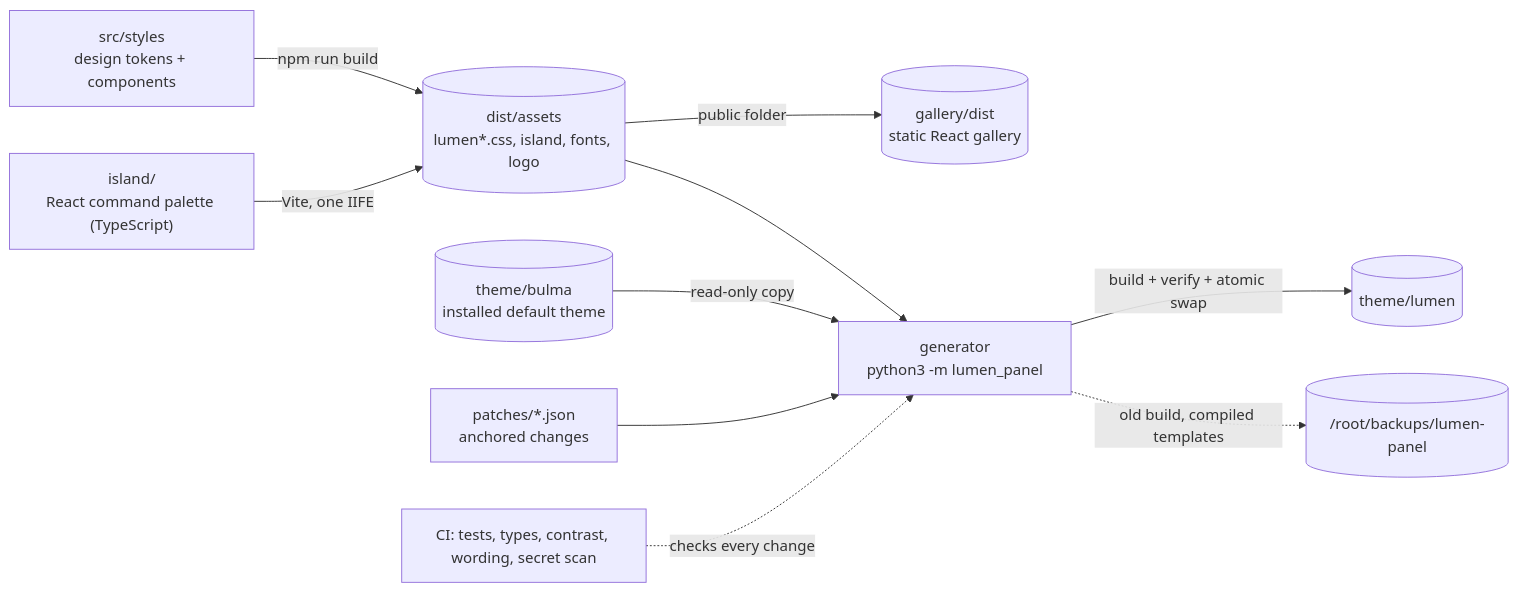
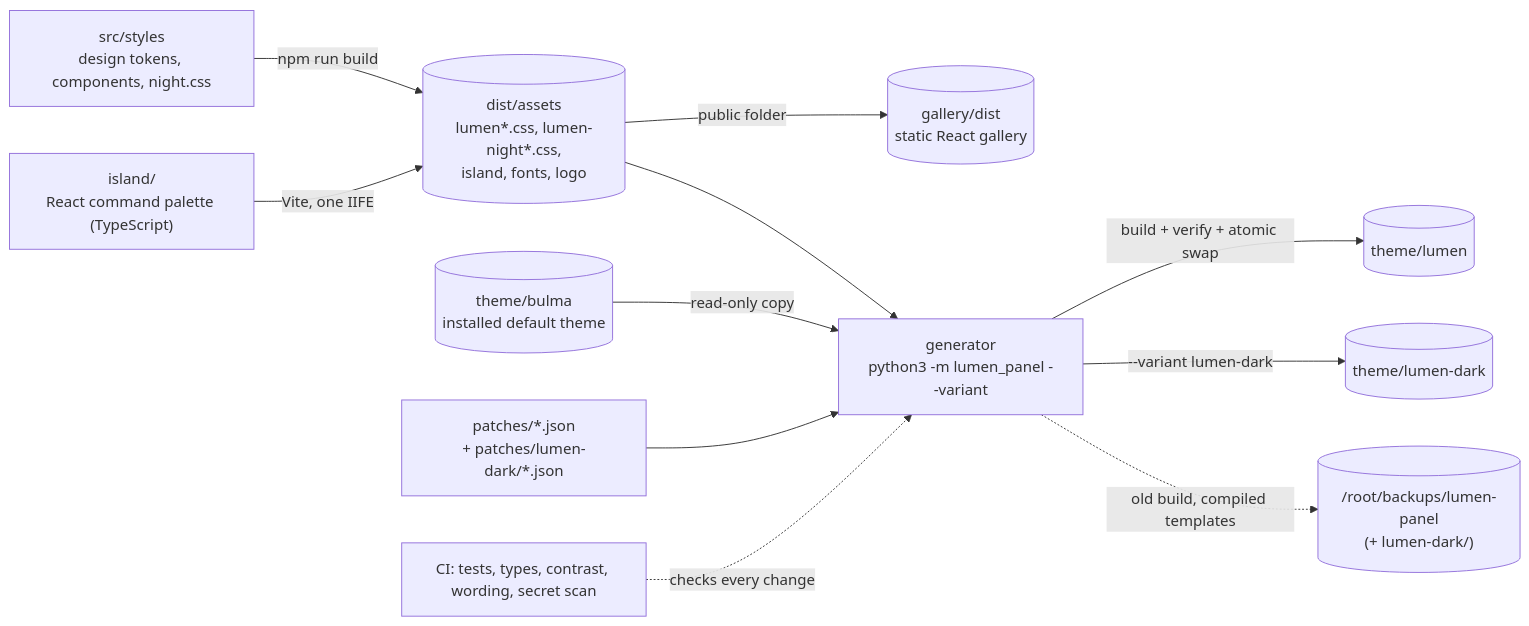
One commit to luminare-dev/lumen-panel changed the diagram in README.md. Above: the diagram before and after it, drawn with Mermaid. The commit also changed other lines of this file and 64 other files, not shown here.

First line of the commit message:
feat: add Lumen Dark, a second theme that is always dark (#4)

````diff
--- a/README.md
+++ b/README.md
@@ -89,12 +121,13 @@
 ```mermaid
 flowchart LR
-    src["src/styles<br/>design tokens + components"] -->|"npm run build"| dist[("dist/assets<br/>lumen*.css, island, fonts, logo")]
+    src["src/styles<br/>design tokens, components, night.css"] -->|"npm run build"| dist[("dist/assets<br/>lumen*.css, lumen-night*.css,<br/>island, fonts, logo")]
     island["island/<br/>React command palette (TypeScript)"] -->|"Vite, one IIFE"| dist
     dist -->|"public folder"| gallery[("gallery/dist<br/>static React gallery")]
-    bulma[("theme/bulma<br/>installed default theme")] -->|"read-only copy"| gen["generator<br/>python3 -m lumen_panel"]
-    patches["patches/*.json<br/>anchored changes"] --> gen
+    bulma[("theme/bulma<br/>installed default theme")] -->|"read-only copy"| gen["generator<br/>python3 -m lumen_panel --variant"]
+    patches["patches/*.json<br/>+ patches/lumen-dark/*.json"] --> gen
     dist --> gen
     gen -->|"build + verify + atomic swap"| lumen[("theme/lumen")]
-    gen -.->|"old build, compiled templates"| backup[("/root/backups/lumen-panel")]
+    gen -->|"--variant lumen-dark"| dark[("theme/lumen-dark")]
+    gen -.->|"old build, compiled templates"| backup[("/root/backups/lumen-panel<br/>(+ lumen-dark/)")]
     ci["CI: tests, types, contrast, wording, secret scan"] -.->|"checks every change"| gen
 ```
````
